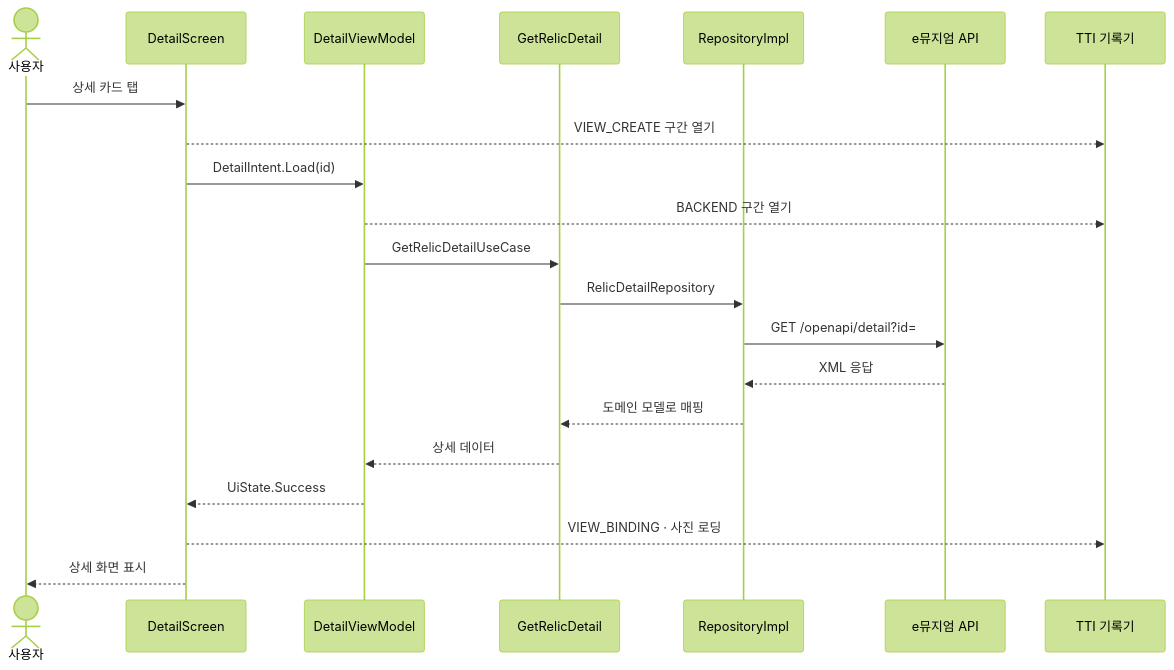
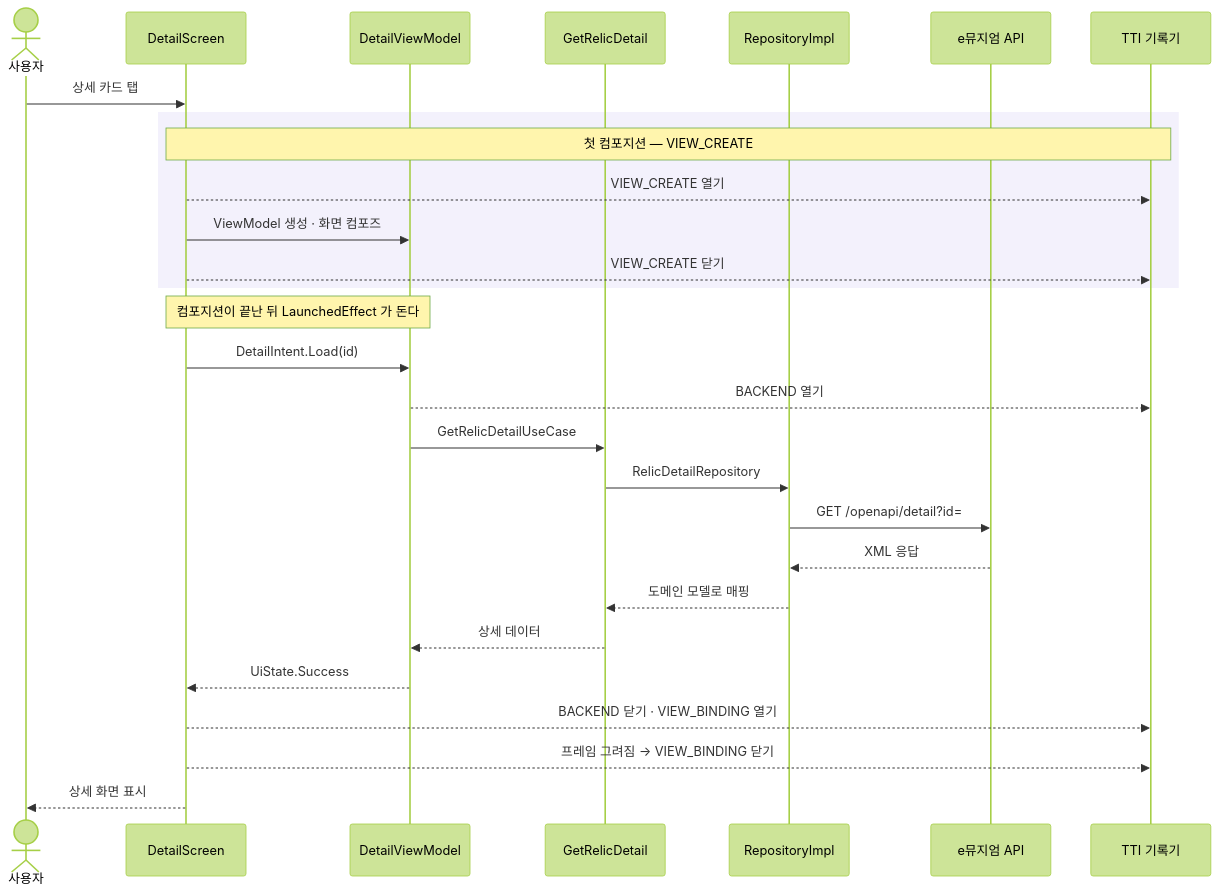
One commit to Sadturtleman/EveryMuseum changed the second of 2 diagrams in README.md. Above: the diagram before and after it, drawn with Mermaid (forest theme). The commit also changed 2 other files, not shown here.

Commit message:
Fix the detail-view sequence: VIEW_CREATE closes at the first composition
시퀀스 그림이 VIEW_CREATE 를 열기만 하고 닫지 않아, 이 구간이 조회부터 그리기까지
전부를 감싸는 것처럼 읽혔다. 실제로는 TtiPage 가 content() 를 부른 직후 닫으므로
첫 컴포지션 한 번만 덮는다. Load 와 BACKEND 열기는 LaunchedEffect 라 그 뒤에 돈다.

실측값이 이걸 그대로 보여 준다 — /detail 이 VIEW_CREATE=7ms 인데 BACKEND=220ms 다.
전체를 감쌌다면 VIEW_CREATE 가 더 커야 한다.

닫는 화살표와 컴포지션 경계를 그려 넣고, 구간 띠 이름도 어느 구간인지 드러나게 바꾼다.
참가자 보조 라벨은 뗐다 — 늘어난 메시지를 한 화면에 담으려면 viewBox 를 넓혀야 했고,
잃은 모듈 정보는 카드로 옮겼다.

Claude-Session: https://claude.ai/code/session_012mMSo8yAMnEGEGtXVV3Ncw

````diff
--- a/README.md
+++ b/README.md
@@ -66,24 +66,33 @@
 ```mermaid
 sequenceDiagram
     actor U as 사용자
     participant S as DetailScreen
     participant VM as DetailViewModel
     participant UC as GetRelicDetail
     participant R as RepositoryImpl
     participant API as e뮤지엄 API
     participant T as TTI 기록기
 
     U->>S: 상세 카드 탭
-    S-->>T: VIEW_CREATE 구간 열기
+
+    rect rgba(140,120,220,0.10)
+    Note over S,T: 첫 컴포지션 — VIEW_CREATE
+    S-->>T: VIEW_CREATE 열기
+    S->>VM: ViewModel 생성 · 화면 컴포즈
+    S-->>T: VIEW_CREATE 닫기
+    end
+
+    Note over S,VM: 컴포지션이 끝난 뒤 LaunchedEffect 가 돈다
     S->>VM: DetailIntent.Load(id)
-    VM-->>T: BACKEND 구간 열기
+    VM-->>T: BACKEND 열기
     VM->>UC: GetRelicDetailUseCase
     UC->>R: RelicDetailRepository
     R->>API: GET /openapi/detail?id=
     API-->>R: XML 응답
     R-->>UC: 도메인 모델로 매핑
     UC-->>VM: 상세 데이터
     VM-->>S: UiState.Success
-    S-->>T: VIEW_BINDING · 사진 로딩
+    S-->>T: BACKEND 닫기 · VIEW_BINDING 열기
+    S-->>T: 프레임 그려짐 → VIEW_BINDING 닫기
     S-->>U: 상세 화면 표시
 ```
````
